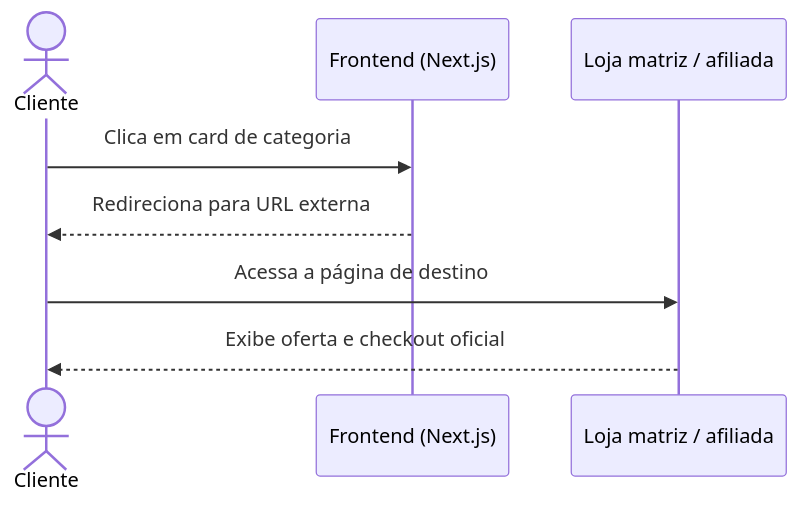
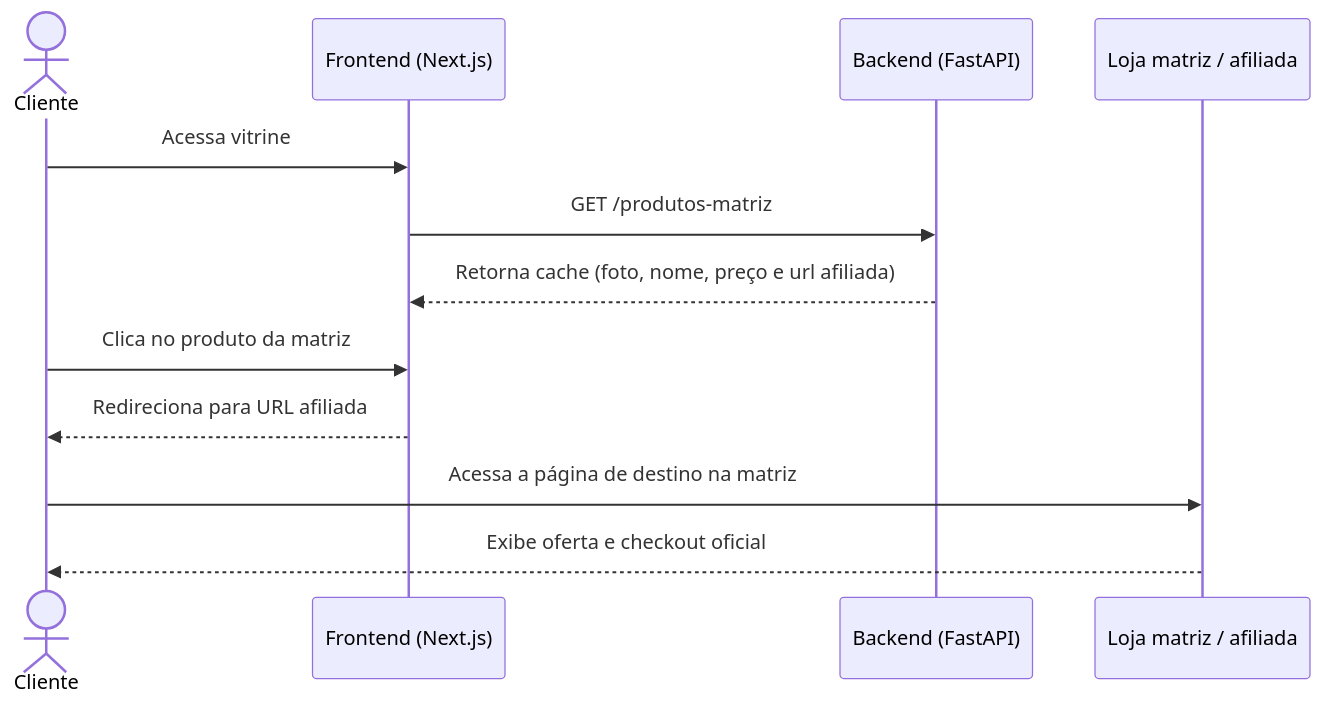
One commit to LuHenRe/Projeto-Revendedora-Atlantica-Natural changed the second of 3 diagrams in docs/arquitetura/06-diagrama-sequencia.md. Above: the diagram before and after it, drawn with Mermaid. The commit also changed other lines of this file and 5 other files, not shown here.

````diff
--- a/docs/arquitetura/06-diagrama-sequencia.md
+++ b/docs/arquitetura/06-diagrama-sequencia.md
@@ -32,11 +32,15 @@
 ```mermaid
 sequenceDiagram
     actor Cliente
     participant Frontend as Frontend (Next.js)
+    participant API as Backend (FastAPI)
     participant Externo as Loja matriz / afiliada
 
-    Cliente->>Frontend: Clica em card de categoria
-    Frontend-->>Cliente: Redireciona para URL externa
-    Cliente->>Externo: Acessa a página de destino
+    Cliente->>Frontend: Acessa vitrine
+    Frontend->>API: GET /produtos-matriz
+    API-->>Frontend: Retorna cache (foto, nome, preço e url afiliada)
+    Cliente->>Frontend: Clica no produto da matriz
+    Frontend-->>Cliente: Redireciona para URL afiliada
+    Cliente->>Externo: Acessa a página de destino na matriz
     Externo-->>Cliente: Exibe oferta e checkout oficial
 ```
````
